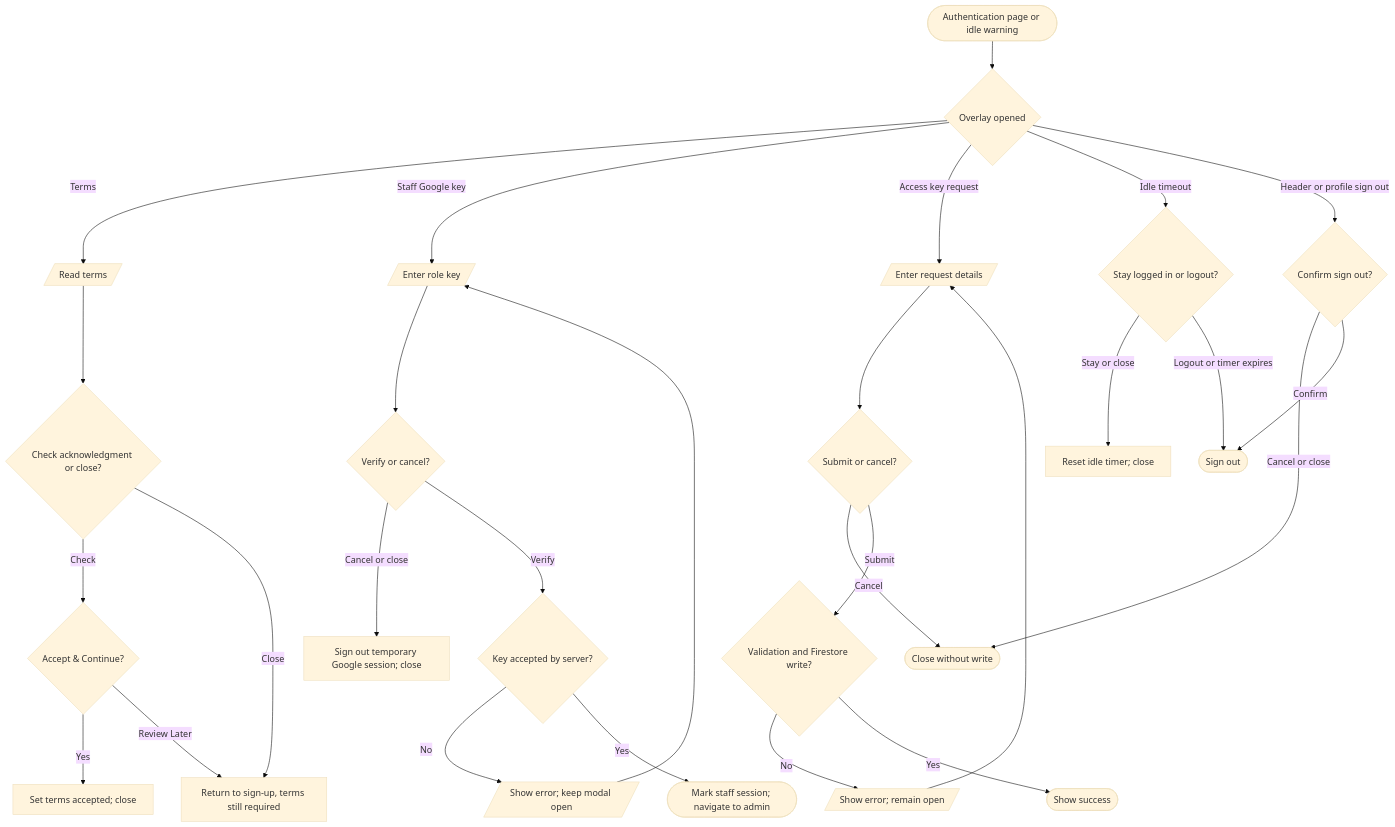
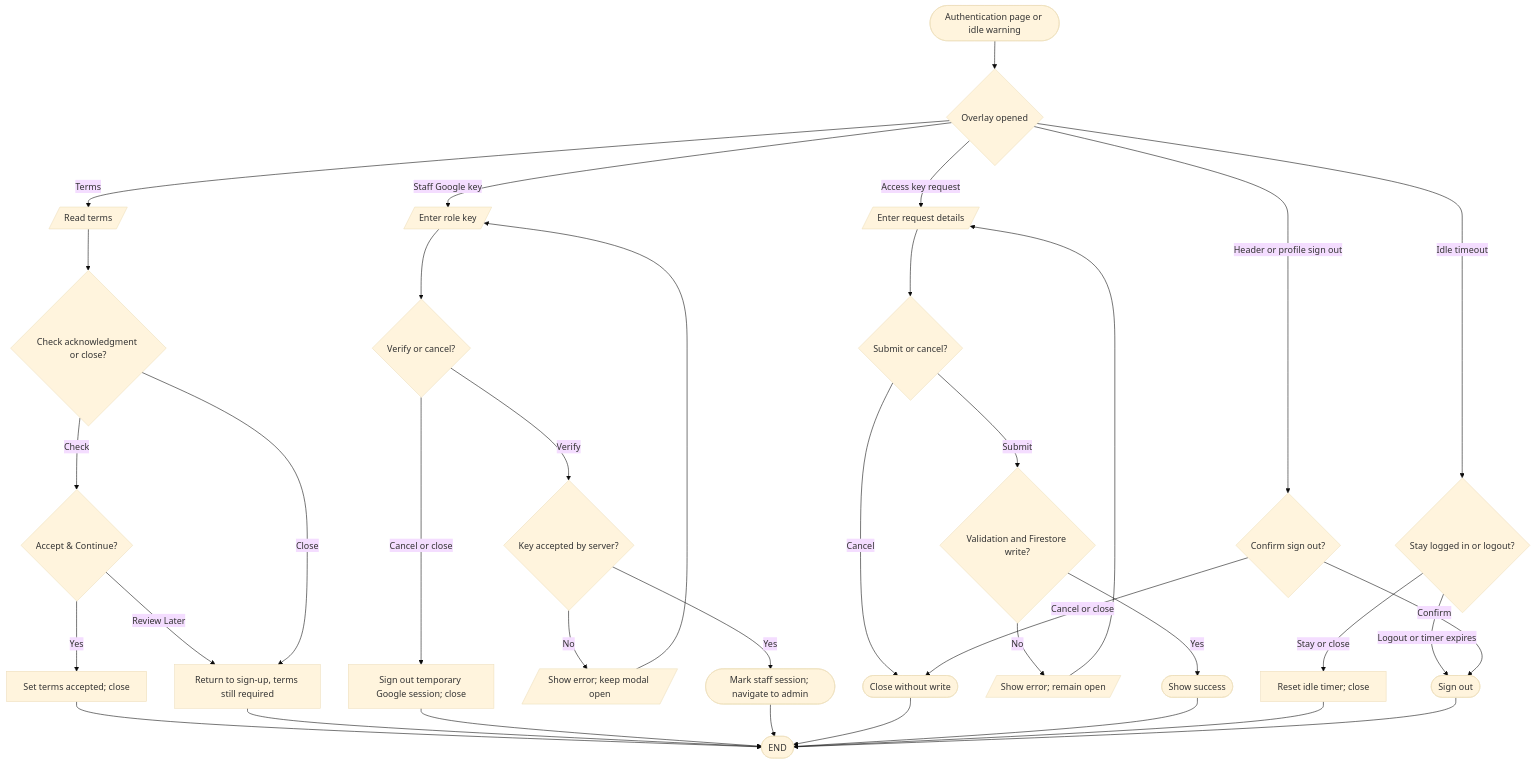
One commit to VirgenRayzon/BuilbotAI changed the first of 4 diagrams in docs/flowcharts/popup-decision-flowcharts.md. Above: the diagram before and after it, drawn with Mermaid (base theme). The commit also changed other lines of this file and 109 other files, not shown here.

Commit message:
feat(builder): add live recommendations, budget slider, and updated system flowcharts

````diff
--- a/docs/flowcharts/popup-decision-flowcharts.md
+++ b/docs/flowcharts/popup-decision-flowcharts.md
@@ -7,28 +11,36 @@
 ```mermaid
 flowchart TD
   Start([Authentication page or idle warning]) --> Trigger{Overlay opened}
   Trigger -- Terms --> Terms[/Read terms/]
   Terms --> TermsChoice{Check acknowledgment or close?}
   TermsChoice -- Check --> Checkbox{Accept & Continue?}
   Checkbox -- Yes --> Accepted[Set terms accepted; close]
   Checkbox -- Review Later --> Signup
   TermsChoice -- Close --> Signup[Return to sign-up, terms still required]
   Trigger -- Staff Google key --> Key[/Enter role key/]
   Key --> KeyChoice{Verify or cancel?}
   KeyChoice -- Cancel or close --> TempLogout[Sign out temporary Google session; close]
   KeyChoice -- Verify --> Server{Key accepted by server?}
   Server -- No --> KeyError[/Show error; keep modal open/] --> Key
   Server -- Yes --> Admin([Mark staff session; navigate to admin])
   Trigger -- Access key request --> Request[/Enter request details/]
   Request --> RequestChoice{Submit or cancel?}
   RequestChoice -- Cancel --> Close([Close without write])
   RequestChoice -- Submit --> RequestWrite{Validation and Firestore write?}
   RequestWrite -- No --> RequestError[/Show error; remain open/] --> Request
   RequestWrite -- Yes --> RequestDone([Show success])
   Trigger -- Idle timeout --> Idle{Stay logged in or logout?}
   Idle -- Stay or close --> Reset[Reset idle timer; close]
   Idle -- Logout or timer expires --> Logout([Sign out])
   Trigger -- Header or profile sign out --> Signout{Confirm sign out?}
   Signout -- Cancel or close --> Close
   Signout -- Confirm --> Logout
+  Accepted --> Finish([END])
+  Signup --> Finish
+  TempLogout --> Finish
+  Admin --> Finish
+  Close --> Finish
+  RequestDone --> Finish
+  Reset --> Finish
+  Logout --> Finish
 ```
````
